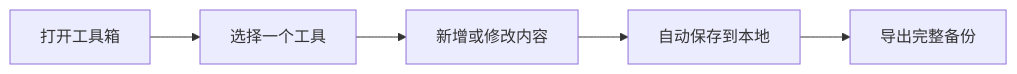
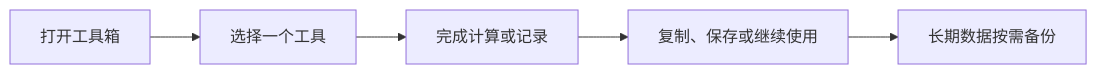
Before and after one commit to shihg7/wechat_mini_program: the first of 7 diagrams in docs/USER_GUIDE.md, drawn with Mermaid. The commit also changed other lines of this file and 40 other files, not shown here.

````diff
--- a/docs/USER_GUIDE.md
+++ b/docs/USER_GUIDE.md
@@ -61,12 +67,12 @@
 ```mermaid
 flowchart LR
     A["打开工具箱"]
     B["选择一个工具"]
-    C["新增或修改内容"]
-    D["自动保存到本地"]
-    E["导出完整备份"]
+    C["完成计算或记录"]
+    D["复制、保存或继续使用"]
+    E["长期数据按需备份"]
     A --> B
     B --> C
     C --> D
     D --> E
 ```
````
